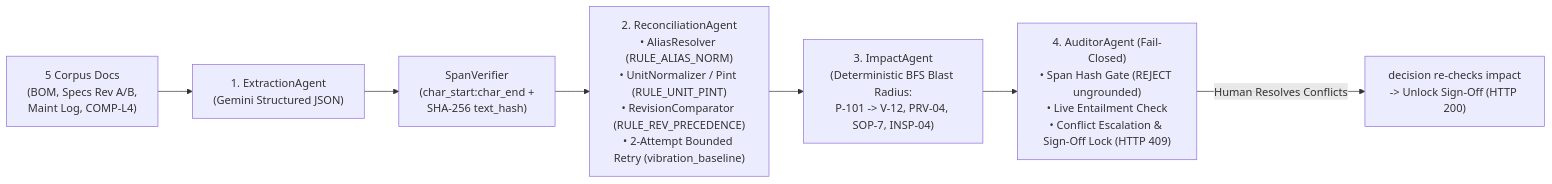
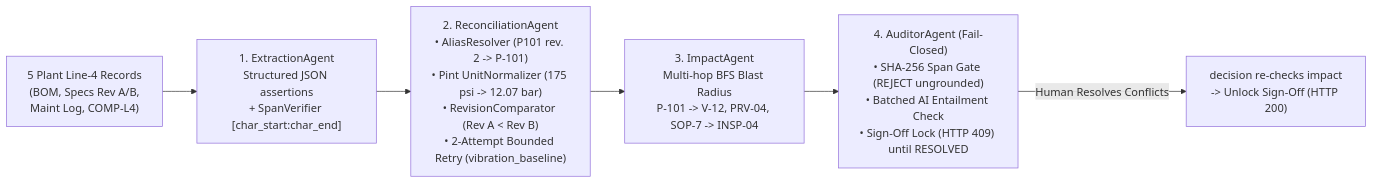
One commit to MRDarshan7/ReconcileGraph changed the diagram in README.md. Above: the diagram before and after it, drawn with Mermaid. The commit also changed other lines of this file and 1 other file, not shown here.

Commit message:
docs(readme): update documentation with full architecture, failover setup, and UI guide

````diff
--- a/README.md
+++ b/README.md
@@ -24,9 +24,8 @@
 ```mermaid
 flowchart LR
-    Docs["5 Corpus Docs\n(BOM, Specs Rev A/B,\nMaint Log, COMP-L4)"] --> A1["1. ExtractionAgent\n(Gemini Structured JSON)"]
-    A1 --> SV["SpanVerifier\n(char_start:char_end +\nSHA-256 text_hash)"]
-    SV --> A2["2. ReconciliationAgent\n• AliasResolver (RULE_ALIAS_NORM)\n• UnitNormalizer / Pint (RULE_UNIT_PINT)\n• RevisionComparator (RULE_REV_PRECEDENCE)\n• 2-Attempt Bounded Retry (vibration_baseline)"]
-    A2 --> A3["3. ImpactAgent\n(Deterministic BFS Blast Radius:\nP-101 -> V-12, PRV-04, SOP-7, INSP-04)"]
-    A3 --> A4["4. AuditorAgent (Fail-Closed)\n• Span Hash Gate (REJECT ungrounded)\n• Live Entailment Check\n• Conflict Escalation & Sign-Off Lock (HTTP 409)"]
+    Docs["5 Plant Line-4 Records\n(BOM, Specs Rev A/B,\nMaint Log, COMP-L4)"] --> A1["1. ExtractionAgent\nStructured JSON assertions\n+ SpanVerifier [char_start:char_end]"]
+    A1 --> A2["2. ReconciliationAgent\n• AliasResolver (P101 rev. 2 -> P-101)\n• Pint UnitNormalizer (175 psi -> 12.07 bar)\n• RevisionComparator (Rev A < Rev B)\n• 2-Attempt Bounded Retry (vibration_baseline)"]
+    A2 --> A3["3. ImpactAgent\nMulti-hop BFS Blast Radius\nP-101 -> V-12, PRV-04, SOP-7 -> INSP-04"]
+    A3 --> A4["4. AuditorAgent (Fail-Closed)\n• SHA-256 Span Gate (REJECT ungrounded)\n• Batched AI Entailment Check\n• Sign-Off Lock (HTTP 409) until RESOLVED"]
     A4 -->|"Human Resolves Conflicts"| Recheck["decision re-checks impact\n-> Unlock Sign-Off (HTTP 200)"]
 ```
````
